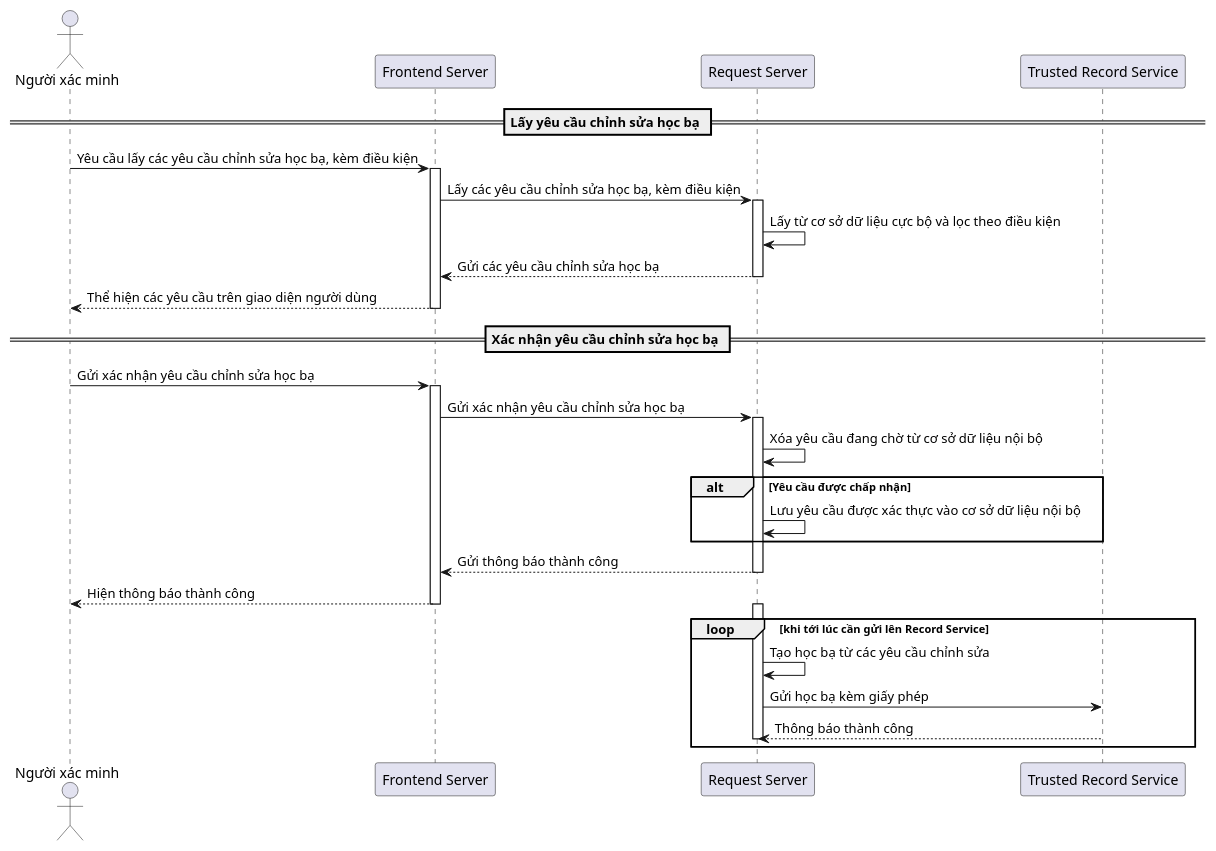
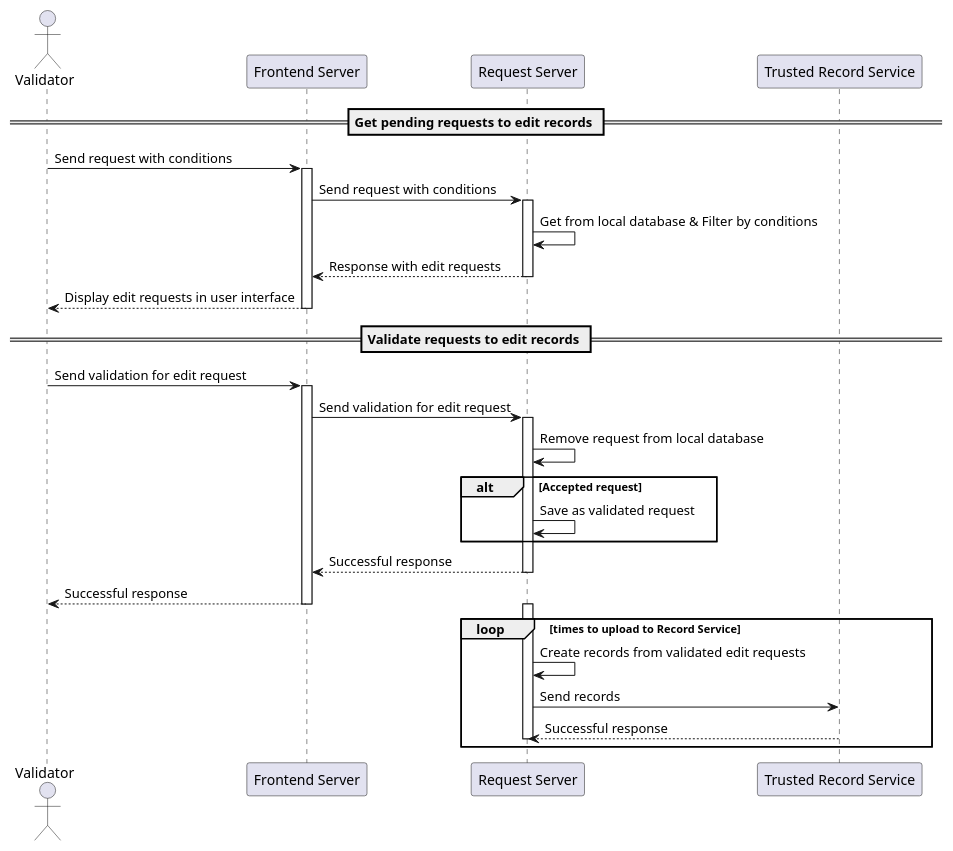
Before and after one commit to etases/EduBlock.Book: the third of 5 diagrams in DesignArticle.VI.md, drawn with PlantUML. The commit also changed other lines of this file, not shown here.

Commit message:
ENG on Sequence Diagram

````diff
--- a/DesignArticle.VI.md
+++ b/DesignArticle.VI.md
@@ -115,40 +115,40 @@
 ```{.plantuml caption="Người xác minh" id="fig-rs-workflow-validator"}
 @startuml
-actor "Người xác minh" as Validator
+actor "Validator" as Validator
 participant "Frontend Server" as Frontend
 participant "Request Server" as Backend
 participant "Trusted Record Service" as Record
 
-== Lấy yêu cầu chỉnh sửa học bạ ==
-Validator -> Frontend: Yêu cầu lấy các yêu cầu chỉnh sửa học bạ, kèm điều kiện
+== Get pending requests to edit records ==
+Validator -> Frontend: Send request with conditions
 activate Frontend
-Frontend -> Backend: Lấy các yêu cầu chỉnh sửa học bạ, kèm điều kiện
+Frontend -> Backend: Send request with conditions
 activate Backend
-Backend -> Backend: Lấy từ cơ sở dữ liệu cực bộ và lọc theo điều kiện
-Backend --> Frontend: Gửi các yêu cầu chỉnh sửa học bạ
+Backend -> Backend: Get from local database & Filter by conditions
+Backend --> Frontend: Response with edit requests
 deactivate Backend
-Frontend --> Validator: Thể hiện các yêu cầu trên giao diện người dùng
+Frontend --> Validator: Display edit requests in user interface
 deactivate Frontend
-== Xác nhận yêu cầu chỉnh sửa học bạ ==
-Validator -> Frontend: Gửi xác nhận yêu cầu chỉnh sửa học bạ
+== Validate requests to edit records ==
+Validator -> Frontend: Send validation for edit request
 activate Frontend
-Frontend -> Backend: Gửi xác nhận yêu cầu chỉnh sửa học bạ
+Frontend -> Backend: Send validation for edit request
 activate Backend
-Backend -> Backend: Xóa yêu cầu đang chờ từ cơ sở dữ liệu nội bộ
-alt Yêu cầu được chấp nhận
-  Backend -> Backend: Lưu yêu cầu được xác thực vào cơ sở dữ liệu nội bộ
+Backend -> Backend: Remove request from local database
+alt Accepted request
+  Backend -> Backend: Save as validated request
 end
-Backend --> Frontend: Gửi thông báo thành công
+Backend --> Frontend: Successful response 
 deactivate Backend
-Frontend --> Validator: Hiện thông báo thành công
+Frontend --> Validator: Successful response
 deactivate Frontend
 
-loop khi tới lúc cần gửi lên Record Service
+loop times to upload to Record Service
 activate Backend
-Backend -> Backend: Tạo học bạ từ các yêu cầu chỉnh sửa
-Backend -> Record: Gửi học bạ kèm giấy phép
-Record --> Backend: Thông báo thành công
+Backend -> Backend: Create records from validated edit requests
+Backend -> Record: Send records
+Record --> Backend: Successful response
 deactivate Backend
 end
 @enduml
 ```
````
